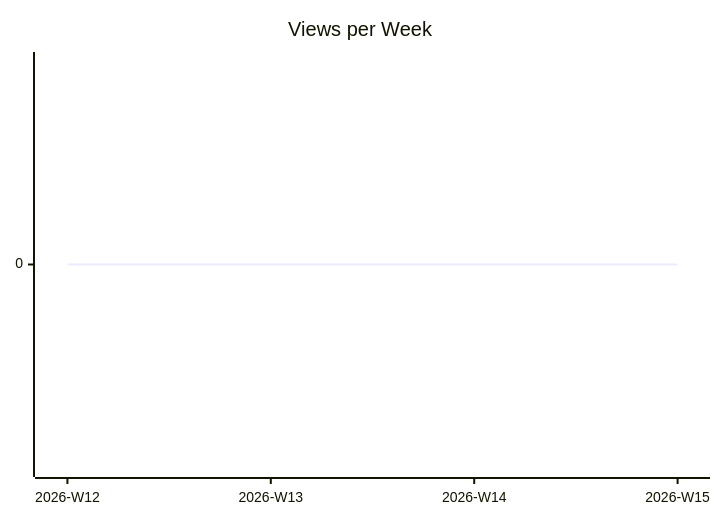
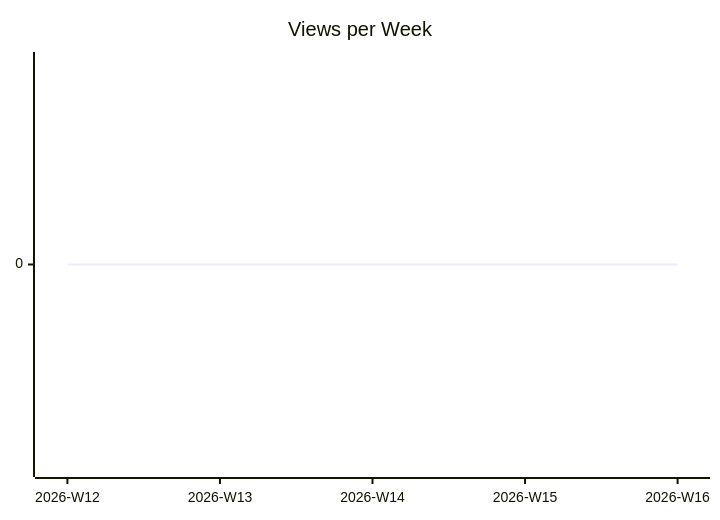
Before and after one commit to justdavis-family/github-analytics-data: the second of 3 diagrams in karlmdavis/liquibase/README.md, drawn with Mermaid. The commit also changed other lines of this file and 173 other files, not shown here.

````diff
--- a/karlmdavis/liquibase/README.md
+++ b/karlmdavis/liquibase/README.md
@@ -12,6 +12,6 @@
 ```mermaid
 xychart-beta
   title "Views per Week"
-  x-axis ["2026-W12", "2026-W13", "2026-W14", "2026-W15"]
-  line [0, 0, 0, 0]
+  x-axis ["2026-W12", "2026-W13", "2026-W14", "2026-W15", "2026-W16"]
+  line [0, 0, 0, 0, 0]
 ```
````
